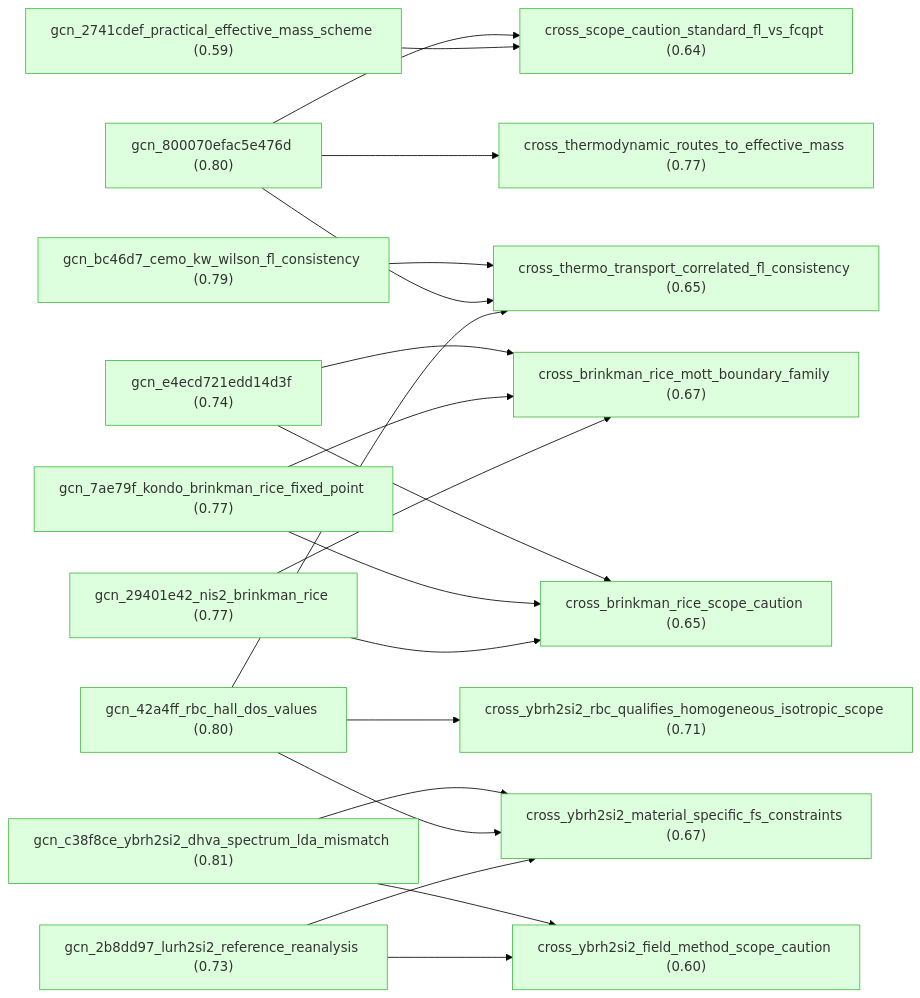
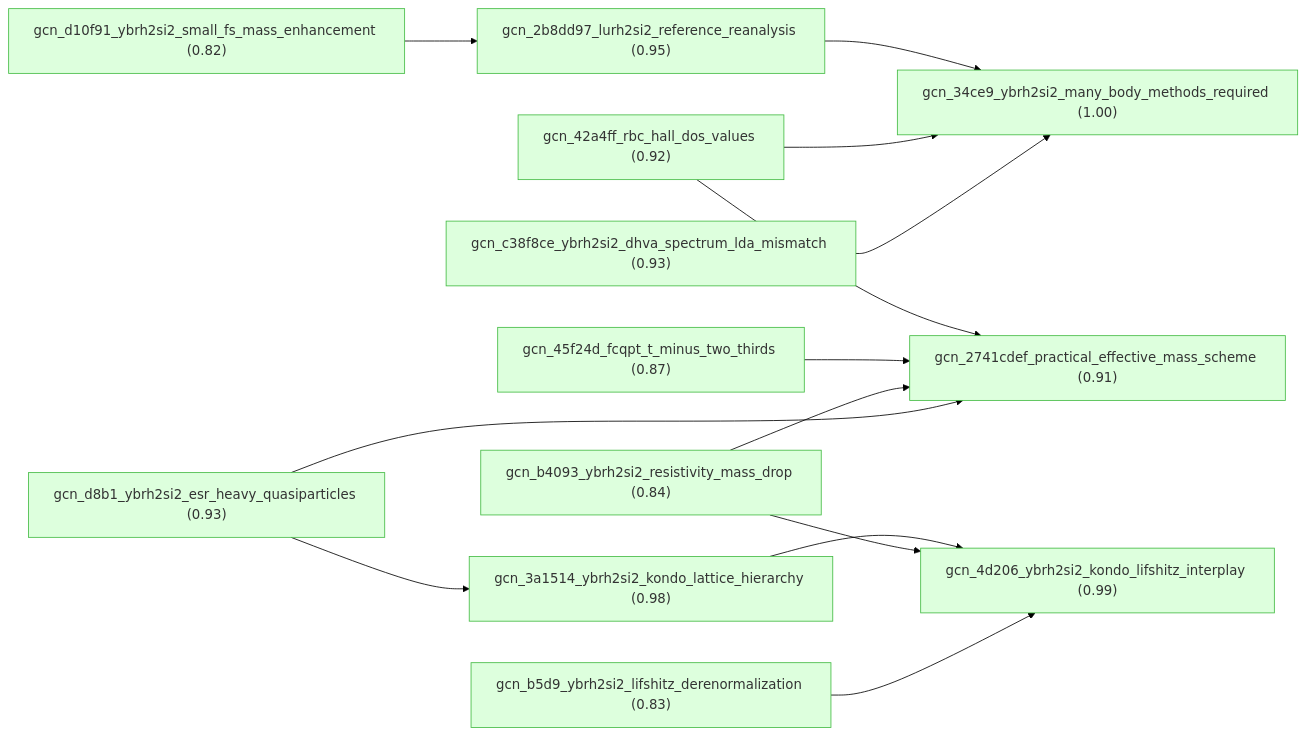
One commit to Callo42/fermi-liquid-effective-mass-gaia changed the first of 13 diagrams in docs/detailed-reasoning.md. Above: the diagram before and after it, drawn with Mermaid (forest theme). The commit also changed other lines of this file and 53 other files, not shown here.

First line of the commit message:
Regenerate Fermi graph from connected root

````diff
--- a/docs/detailed-reasoning.md
+++ b/docs/detailed-reasoning.md
@@ -7,48 +7,37 @@
 ```mermaid
 graph LR
-    gcn_800070efac5e476d["gcn_800070efac5e476d (0.80)"]:::derived
-    gcn_7ae79f_kondo_brinkman_rice_fixed_point["gcn_7ae79f_kondo_brinkman_rice_fixed_point (0.77)"]:::derived
-    gcn_e4ecd721edd14d3f["gcn_e4ecd721edd14d3f (0.74)"]:::derived
-    gcn_42a4ff_rbc_hall_dos_values["gcn_42a4ff_rbc_hall_dos_values (0.80)"]:::derived
-    gcn_2b8dd97_lurh2si2_reference_reanalysis["gcn_2b8dd97_lurh2si2_reference_reanalysis (0.73)"]:::derived
-    gcn_29401e42_nis2_brinkman_rice["gcn_29401e42_nis2_brinkman_rice (0.77)"]:::derived
-    gcn_c38f8ce_ybrh2si2_dhva_spectrum_lda_mismatch["gcn_c38f8ce_ybrh2si2_dhva_spectrum_lda_mismatch (0.81)"]:::derived
-    gcn_bc46d7_cemo_kw_wilson_fl_consistency["gcn_bc46d7_cemo_kw_wilson_fl_consistency (0.79)"]:::derived
-    gcn_2741cdef_practical_effective_mass_scheme["gcn_2741cdef_practical_effective_mass_scheme (0.59)"]:::derived
-    cross_thermodynamic_routes_to_effective_mass["cross_thermodynamic_routes_to_effective_mass (0.77)"]:::derived
-    cross_scope_caution_standard_fl_vs_fcqpt["cross_scope_caution_standard_fl_vs_fcqpt (0.64)"]:::derived
-    cross_ybrh2si2_rbc_qualifies_homogeneous_isotropic_scope["cross_ybrh2si2_rbc_qualifies_homogeneous_isotropic_scope (0.71)"]:::derived
-    cross_ybrh2si2_material_specific_fs_constraints["cross_ybrh2si2_material_specific_fs_constraints (0.67)"]:::derived
-    cross_ybrh2si2_field_method_scope_caution["cross_ybrh2si2_field_method_scope_caution (0.60)"]:::derived
-    cross_brinkman_rice_mott_boundary_family["cross_brinkman_rice_mott_boundary_family (0.67)"]:::derived
-    cross_brinkman_rice_scope_caution["cross_brinkman_rice_scope_caution (0.65)"]:::derived
-    cross_thermo_transport_correlated_fl_consistency["cross_thermo_transport_correlated_fl_consistency (0.65)"]:::derived
-    gcn_2741cdef_practical_effective_mass_scheme --> cross_scope_caution_standard_fl_vs_fcqpt
-    gcn_29401e42_nis2_brinkman_rice --> cross_brinkman_rice_mott_boundary_family
-    gcn_29401e42_nis2_brinkman_rice --> cross_brinkman_rice_scope_caution
-    gcn_2b8dd97_lurh2si2_reference_reanalysis --> cross_ybrh2si2_field_method_scope_caution
-    gcn_2b8dd97_lurh2si2_reference_reanalysis --> cross_ybrh2si2_material_specific_fs_constraints
-    gcn_42a4ff_rbc_hall_dos_values --> cross_thermo_transport_correlated_fl_consistency
-    gcn_42a4ff_rbc_hall_dos_values --> cross_ybrh2si2_material_specific_fs_constraints
-    gcn_42a4ff_rbc_hall_dos_values --> cross_ybrh2si2_rbc_qualifies_homogeneous_isotropic_scope
-    gcn_7ae79f_kondo_brinkman_rice_fixed_point --> cross_brinkman_rice_mott_boundary_family
-    gcn_7ae79f_kondo_brinkman_rice_fixed_point --> cross_brinkman_rice_scope_caution
-    gcn_800070efac5e476d --> cross_scope_caution_standard_fl_vs_fcqpt
-    gcn_800070efac5e476d --> cross_thermo_transport_correlated_fl_consistency
-    gcn_800070efac5e476d --> cross_thermodynamic_routes_to_effective_mass
-    gcn_bc46d7_cemo_kw_wilson_fl_consistency --> cross_thermo_transport_correlated_fl_consistency
-    gcn_c38f8ce_ybrh2si2_dhva_spectrum_lda_mismatch --> cross_ybrh2si2_field_method_scope_caution
-    gcn_c38f8ce_ybrh2si2_dhva_spectrum_lda_mismatch --> cross_ybrh2si2_material_specific_fs_constraints
-    gcn_e4ecd721edd14d3f --> cross_brinkman_rice_mott_boundary_family
-    gcn_e4ecd721edd14d3f --> cross_brinkman_rice_scope_caution
+    gcn_2741cdef_practical_effective_mass_scheme["gcn_2741cdef_practical_effective_mass_scheme (0.91)"]:::derived
+    gcn_45f24d_fcqpt_t_minus_two_thirds["gcn_45f24d_fcqpt_t_minus_two_thirds (0.87)"]:::derived
+    gcn_42a4ff_rbc_hall_dos_values["gcn_42a4ff_rbc_hall_dos_values (0.92)"]:::derived
+    gcn_c38f8ce_ybrh2si2_dhva_spectrum_lda_mismatch["gcn_c38f8ce_ybrh2si2_dhva_spectrum_lda_mismatch (0.93)"]:::derived
+    gcn_2b8dd97_lurh2si2_reference_reanalysis["gcn_2b8dd97_lurh2si2_reference_reanalysis (0.95)"]:::derived
+    gcn_b4093_ybrh2si2_resistivity_mass_drop["gcn_b4093_ybrh2si2_resistivity_mass_drop (0.84)"]:::derived
+    gcn_3a1514_ybrh2si2_kondo_lattice_hierarchy["gcn_3a1514_ybrh2si2_kondo_lattice_hierarchy (0.98)"]:::derived
+    gcn_d8b1_ybrh2si2_esr_heavy_quasiparticles["gcn_d8b1_ybrh2si2_esr_heavy_quasiparticles (0.93)"]:::derived
+    gcn_4d206_ybrh2si2_kondo_lifshitz_interplay["gcn_4d206_ybrh2si2_kondo_lifshitz_interplay (0.99)"]:::derived
+    gcn_b5d9_ybrh2si2_lifshitz_derenormalization["gcn_b5d9_ybrh2si2_lifshitz_derenormalization (0.83)"]:::derived
+    gcn_d10f91_ybrh2si2_small_fs_mass_enhancement["gcn_d10f91_ybrh2si2_small_fs_mass_enhancement (0.82)"]:::derived
+    gcn_34ce9_ybrh2si2_many_body_methods_required["gcn_34ce9_ybrh2si2_many_body_methods_required (1.00)"]:::derived
+    gcn_2b8dd97_lurh2si2_reference_reanalysis --> gcn_34ce9_ybrh2si2_many_body_methods_required
+    gcn_3a1514_ybrh2si2_kondo_lattice_hierarchy --> gcn_4d206_ybrh2si2_kondo_lifshitz_interplay
+    gcn_42a4ff_rbc_hall_dos_values --> gcn_2741cdef_practical_effective_mass_scheme
+    gcn_42a4ff_rbc_hall_dos_values --> gcn_34ce9_ybrh2si2_many_body_methods_required
+    gcn_45f24d_fcqpt_t_minus_two_thirds --> gcn_2741cdef_practical_effective_mass_scheme
+    gcn_b4093_ybrh2si2_resistivity_mass_drop --> gcn_2741cdef_practical_effective_mass_scheme
+    gcn_b4093_ybrh2si2_resistivity_mass_drop --> gcn_4d206_ybrh2si2_kondo_lifshitz_interplay
+    gcn_b5d9_ybrh2si2_lifshitz_derenormalization --> gcn_4d206_ybrh2si2_kondo_lifshitz_interplay
+    gcn_c38f8ce_ybrh2si2_dhva_spectrum_lda_mismatch --> gcn_34ce9_ybrh2si2_many_body_methods_required
+    gcn_d10f91_ybrh2si2_small_fs_mass_enhancement --> gcn_2b8dd97_lurh2si2_reference_reanalysis
+    gcn_d8b1_ybrh2si2_esr_heavy_quasiparticles --> gcn_2741cdef_practical_effective_mass_scheme
+    gcn_d8b1_ybrh2si2_esr_heavy_quasiparticles --> gcn_3a1514_ybrh2si2_kondo_lattice_hierarchy
 
     classDef setting fill:#f0f0f0,stroke:#999,color:#333
     classDef premise fill:#ddeeff,stroke:#4488bb,color:#333
     classDef derived fill:#ddffdd,stroke:#44bb44,color:#333
     classDef question fill:#fff3dd,stroke:#cc9944,color:#333
     classDef background fill:#f5f5f5,stroke:#bbb,stroke-dasharray: 5 5,color:#333
     classDef orphan fill:#fff,stroke:#ccc,stroke-dasharray: 5 5,color:#333
     classDef external fill:#fff,stroke:#aaa,stroke-dasharray: 3 3,color:#333
     classDef weak fill:#fff9c4,stroke:#f9a825,stroke-dasharray: 5 5,color:#333
     classDef contra fill:#ffebee,stroke:#c62828,color:#333
 ```
````
